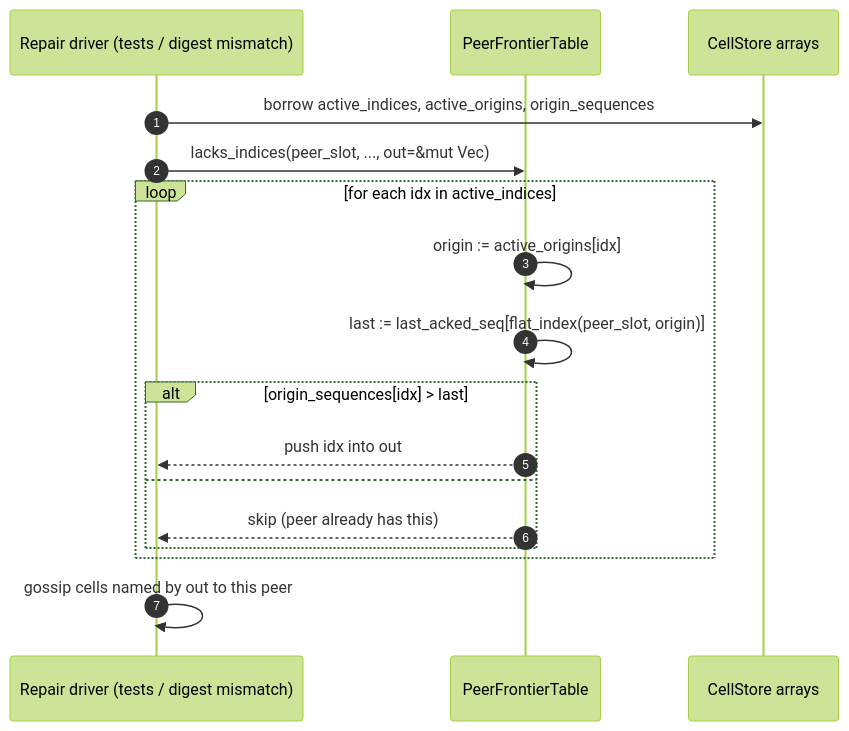
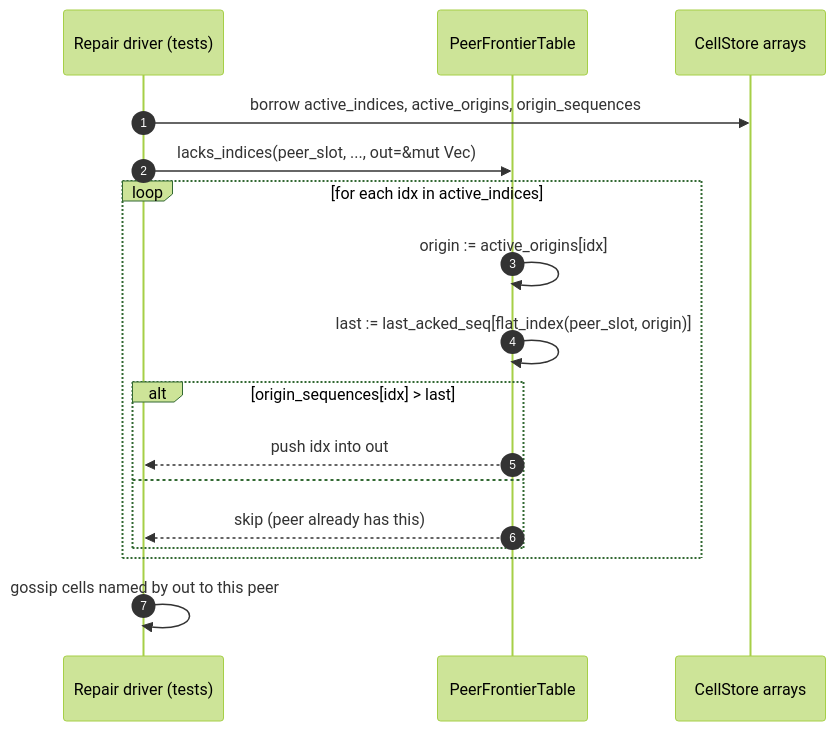
Before and after one commit to prosody-events/gabion: diagram 22 of 22 in crates/gabion/CRDT.md, drawn with Mermaid (forest theme). The commit also changed other lines of this file and 32 other files, not shown here.

````diff
--- a/crates/gabion/CRDT.md
+++ b/crates/gabion/CRDT.md
@@ -1345,20 +1338,20 @@
 ```mermaid
 sequenceDiagram
     autonumber
-    participant Repair as Repair driver (tests / digest mismatch)
+    participant Repair as Repair driver (tests)
     participant Front as PeerFrontierTable
     participant Cells as CellStore arrays
 
     Repair->>Cells: borrow active_indices, active_origins, origin_sequences
     Repair->>Front: lacks_indices(peer_slot, ..., out=&mut Vec)
     loop for each idx in active_indices
         Front->>Front: origin := active_origins[idx]
         Front->>Front: last := last_acked_seq[flat_index(peer_slot, origin)]
         alt origin_sequences[idx] > last
             Front-->>Repair: push idx into out
         else
             Front-->>Repair: skip (peer already has this)
         end
     end
     Repair->>Repair: gossip cells named by out to this peer
 ```
````
